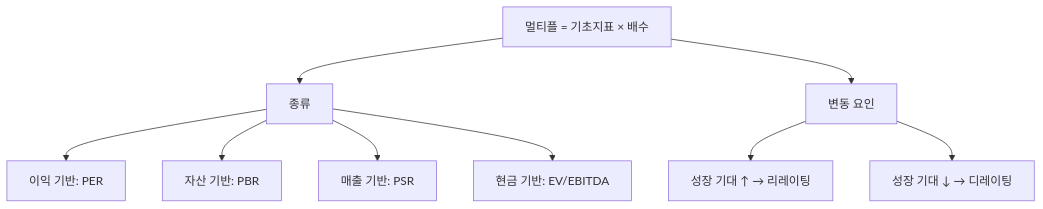
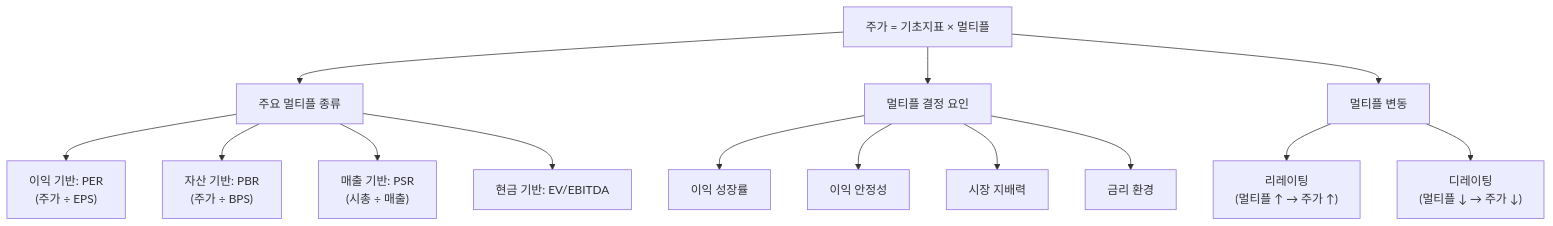
Before and after one commit to yeongseon/stock-visual-note: the diagram in content/stock-terms/ko/level-05-valuation/multiple.md, drawn with Mermaid. The commit also changed other lines of this file, not shown here.

Commit message:
content: rewrite multiple.md — 멀티플 3가지 분석 프레임, 디레이팅 수학적 분해, 14노드 Mermaid, 4개 오해 추가

````diff
--- a/content/stock-terms/ko/level-05-valuation/multiple.md
+++ b/content/stock-terms/ko/level-05-valuation/multiple.md
@@ -39,12 +47,21 @@
 ```mermaid
 graph TD
-    A["멀티플 = 기초지표 × 배수"]
-    A --> B["종류"]
-    A --> C["변동 요인"]
-    B --> B1["이익 기반: PER"]
-    B --> B2["자산 기반: PBR"]
-    B --> B3["매출 기반: PSR"]
+    A["주가 = 기초지표 × 멀티플"]
+
+    A --> B["주요 멀티플 종류"]
+    A --> C["멀티플 결정 요인"]
+    A --> D["멀티플 변동"]
+
+    B --> B1["이익 기반: PER<br>(주가 ÷ EPS)"]
+    B --> B2["자산 기반: PBR<br>(주가 ÷ BPS)"]
+    B --> B3["매출 기반: PSR<br>(시총 ÷ 매출)"]
     B --> B4["현금 기반: EV/EBITDA"]
-    C --> C1["성장 기대 ↑ → 리레이팅"]
-    C --> C2["성장 기대 ↓ → 디레이팅"]
+
+    C --> C1["이익 성장률"]
+    C --> C2["이익 안정성"]
+    C --> C3["시장 지배력"]
+    C --> C4["금리 환경"]
+
+    D --> D1["리레이팅<br>(멀티플 ↑ → 주가 ↑)"]
+    D --> D2["디레이팅<br>(멀티플 ↓ → 주가 ↓)"]
 ```
````
